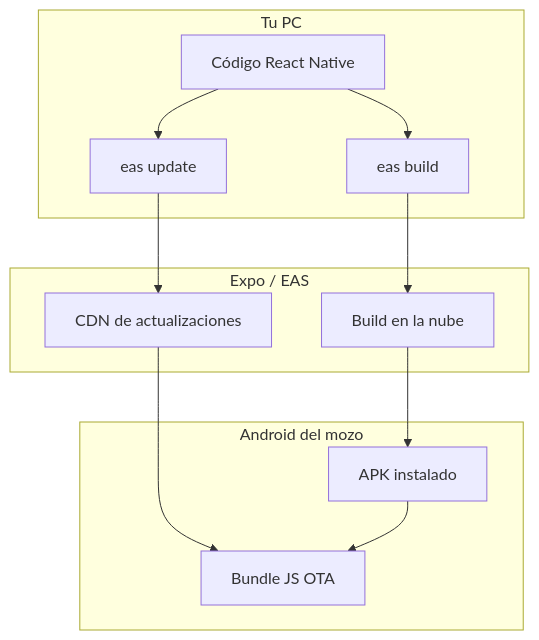
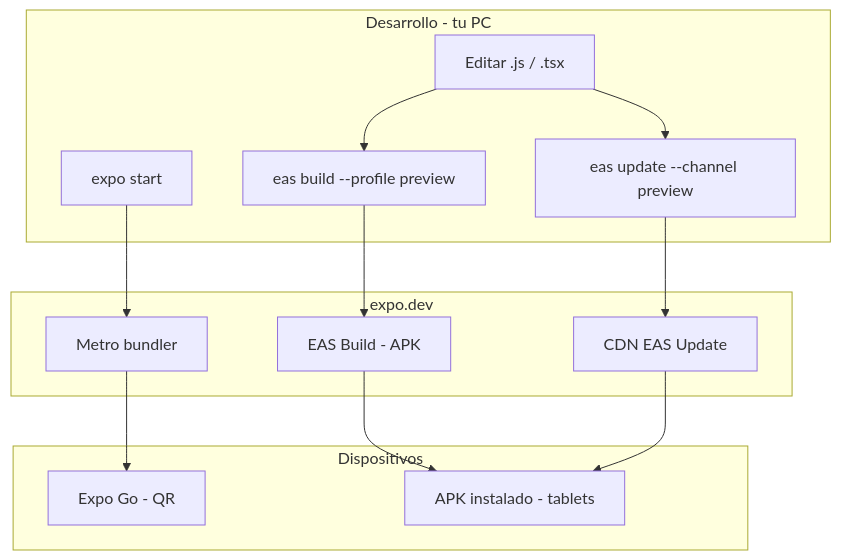
One commit to hgartemis3515/Las-Gambusinas changed the first of 2 diagrams in docs/EXPO_EAS_APK_Y_ACTUALIZACIONES.md. Above: the diagram before and after it, drawn with Mermaid. The commit also changed other lines of this file and 7 other files, not shown here.

````diff
--- a/docs/EXPO_EAS_APK_Y_ACTUALIZACIONES.md
+++ b/docs/EXPO_EAS_APK_Y_ACTUALIZACIONES.md
@@ -41,19 +45,22 @@
 ```mermaid
 flowchart TB
-  subgraph dev [Tu PC]
-    Code[Código React Native]
-    EASBuild[eas build]
-    EASUpdate[eas update]
+  subgraph dev [Desarrollo - tu PC]
+    Start[expo start]
+    Code[Editar .js / .tsx]
+    OTAcmd[eas update --channel preview]
+    Buildcmd[eas build --profile preview]
   end
-  subgraph expo [Expo / EAS]
-    Cloud[Build en la nube]
-    CDN[CDN de actualizaciones]
+  subgraph expo [expo.dev]
+    Metro[Metro bundler]
+    CDN[CDN EAS Update]
+    EAS[EAS Build - APK]
   end
-  subgraph phone [Android del mozo]
-    APK[APK instalado]
-    Bundle[Bundle JS OTA]
+  subgraph devices [Dispositivos]
+    ExpoGo[Expo Go - QR]
+    APK[APK instalado - tablets]
   end
-  Code --> EASBuild --> Cloud --> APK
-  Code --> EASUpdate --> CDN --> Bundle
-  APK --> Bundle
+  Start --> Metro --> ExpoGo
+  Code --> OTAcmd --> CDN
+  Code --> Buildcmd --> EAS --> APK
+  CDN --> APK
 ```
````
